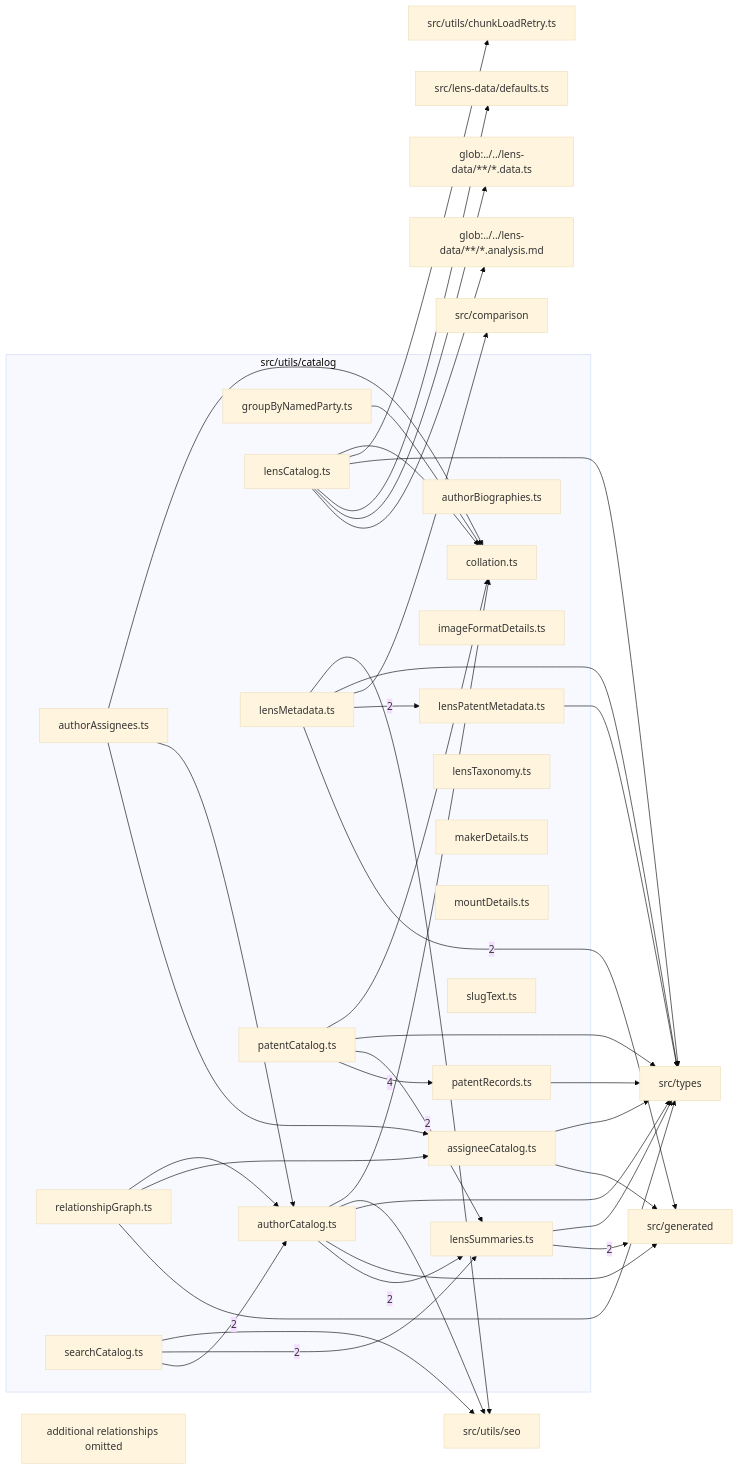
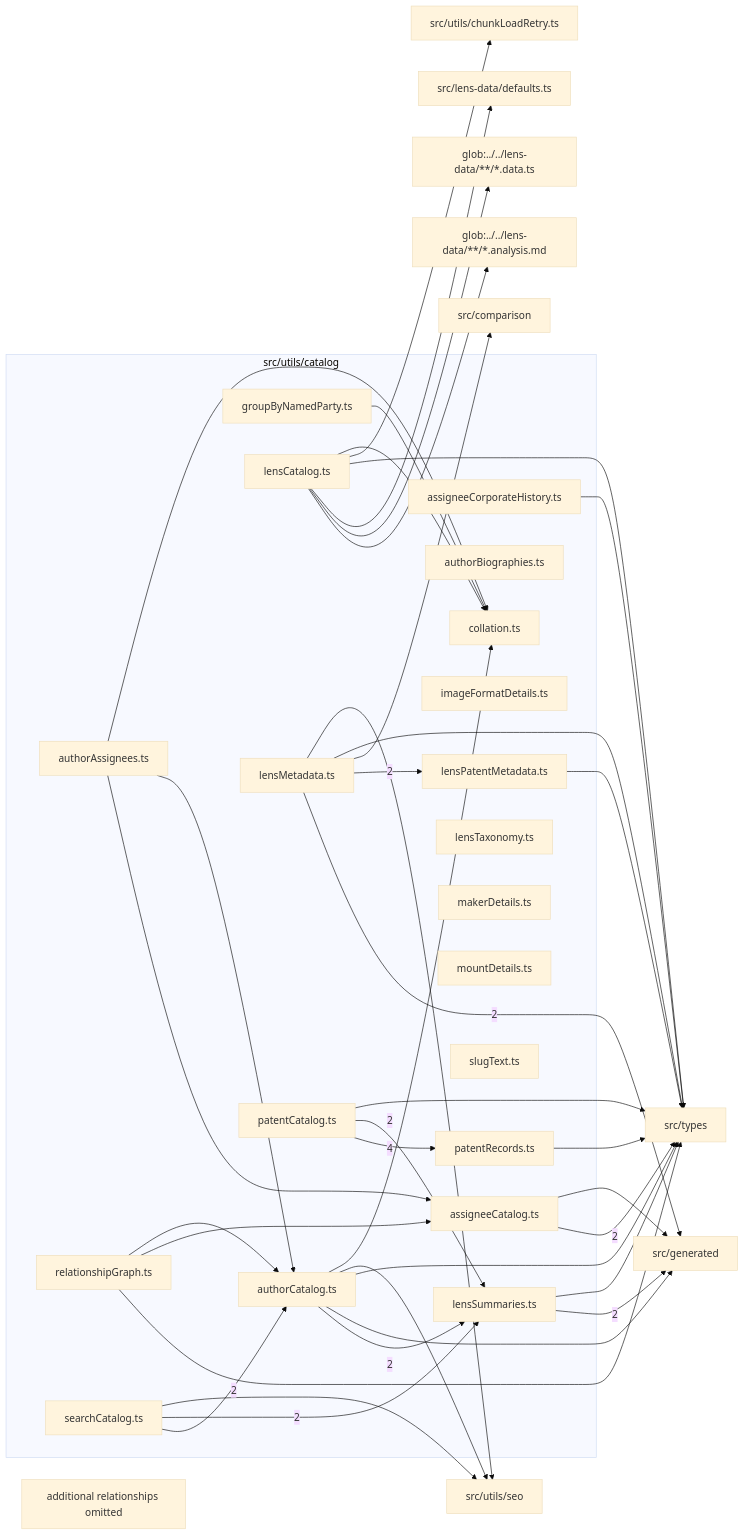
One commit to ronbuening/LensVisualizer changed the diagram in src/utils/catalog/readme.md. Above: the diagram before and after it, drawn with Mermaid (base theme). The commit also changed other lines of this file and 14 other files, not shown here.

Commit message:
Add dated assignee corporate history

````diff
--- a/src/utils/catalog/readme.md
+++ b/src/utils/catalog/readme.md
@@ -9,69 +9,70 @@
 ```mermaid
 flowchart LR
   subgraph n_src_utils_catalog["src/utils/catalog"]
     n_src_utils_catalog_src_utils_catalog_assigneeCatalog_ts["assigneeCatalog.ts"]
+    n_src_utils_catalog_src_utils_catalog_assigneeCorporateHistory_ts["assigneeCorporateHistory.ts"]
     n_src_utils_catalog_src_utils_catalog_authorAssignees_ts["authorAssignees.ts"]
     n_src_utils_catalog_src_utils_catalog_authorBiographies_ts["authorBiographies.ts"]
     n_src_utils_catalog_src_utils_catalog_authorCatalog_ts["authorCatalog.ts"]
     n_src_utils_catalog_src_utils_catalog_collation_ts["collation.ts"]
     n_src_utils_catalog_src_utils_catalog_groupByNamedParty_ts["groupByNamedParty.ts"]
     n_src_utils_catalog_src_utils_catalog_imageFormatDetails_ts["imageFormatDetails.ts"]
     n_src_utils_catalog_src_utils_catalog_lensCatalog_ts["lensCatalog.ts"]
     n_src_utils_catalog_src_utils_catalog_lensMetadata_ts["lensMetadata.ts"]
     n_src_utils_catalog_src_utils_catalog_lensPatentMetadata_ts["lensPatentMetadata.ts"]
     n_src_utils_catalog_src_utils_catalog_lensSummaries_ts["lensSummaries.ts"]
     n_src_utils_catalog_src_utils_catalog_lensTaxonomy_ts["lensTaxonomy.ts"]
     n_src_utils_catalog_src_utils_catalog_makerDetails_ts["makerDetails.ts"]
     n_src_utils_catalog_src_utils_catalog_mountDetails_ts["mountDetails.ts"]
     n_src_utils_catalog_src_utils_catalog_patentCatalog_ts["patentCatalog.ts"]
     n_src_utils_catalog_src_utils_catalog_patentRecords_ts["patentRecords.ts"]
     n_src_utils_catalog_src_utils_catalog_relationshipGraph_ts["relationshipGraph.ts"]
     n_src_utils_catalog_src_utils_catalog_searchCatalog_ts["searchCatalog.ts"]
     n_src_utils_catalog_src_utils_catalog_slugText_ts["slugText.ts"]
   end
   n_external_src_generated["src/generated"]
+  n_external_src_types["src/types"]
   n_external_glob_______lens_data______analysis_md["glob:../../lens-data/**/*.analysis.md"]
   n_external_glob_______lens_data______data_ts["glob:../../lens-data/**/*.data.ts"]
   n_external_src_comparison["src/comparison"]
   n_external_src_lens_data_defaults_ts["src/lens-data/defaults.ts"]
-  n_external_src_types["src/types"]
   n_external_src_utils_chunkLoadRetry_ts["src/utils/chunkLoadRetry.ts"]
   n_external_src_utils_seo["src/utils/seo"]
   n_src_utils_catalog_src_utils_catalog_patentCatalog_ts --> |4| n_src_utils_catalog_src_utils_catalog_patentRecords_ts
   n_src_utils_catalog_src_utils_catalog_lensMetadata_ts --> |2| n_external_src_generated
   n_src_utils_catalog_src_utils_catalog_lensSummaries_ts --> |2| n_external_src_generated
+  n_src_utils_catalog_src_utils_catalog_assigneeCatalog_ts --> |2| n_external_src_types
   n_src_utils_catalog_src_utils_catalog_searchCatalog_ts --> |2| n_src_utils_catalog_src_utils_catalog_authorCatalog_ts
   n_src_utils_catalog_src_utils_catalog_lensMetadata_ts --> |2| n_src_utils_catalog_src_utils_catalog_lensPatentMetadata_ts
   n_src_utils_catalog_src_utils_catalog_authorCatalog_ts --> |2| n_src_utils_catalog_src_utils_catalog_lensSummaries_ts
   n_src_utils_catalog_src_utils_catalog_patentCatalog_ts --> |2| n_src_utils_catalog_src_utils_catalog_lensSummaries_ts
   n_src_utils_catalog_src_utils_catalog_searchCatalog_ts --> |2| n_src_utils_catalog_src_utils_catalog_lensSummaries_ts
   n_src_utils_catalog_src_utils_catalog_lensCatalog_ts --> n_external_glob_______lens_data______analysis_md
   n_src_utils_catalog_src_utils_catalog_lensCatalog_ts --> n_external_glob_______lens_data______data_ts
   n_src_utils_catalog_src_utils_catalog_lensMetadata_ts --> n_external_src_comparison
   n_src_utils_catalog_src_utils_catalog_assigneeCatalog_ts --> n_external_src_generated
   n_src_utils_catalog_src_utils_catalog_authorCatalog_ts --> n_external_src_generated
   n_src_utils_catalog_src_utils_catalog_lensCatalog_ts --> n_external_src_lens_data_defaults_ts
-  n_src_utils_catalog_src_utils_catalog_assigneeCatalog_ts --> n_external_src_types
+  n_src_utils_catalog_src_utils_catalog_assigneeCorporateHistory_ts --> n_external_src_types
   n_src_utils_catalog_src_utils_catalog_authorCatalog_ts --> n_external_src_types
   n_src_utils_catalog_src_utils_catalog_lensCatalog_ts --> n_external_src_types
   n_src_utils_catalog_src_utils_catalog_lensMetadata_ts --> n_external_src_types
   n_src_utils_catalog_src_utils_catalog_lensPatentMetadata_ts --> n_external_src_types
   n_src_utils_catalog_src_utils_catalog_lensSummaries_ts --> n_external_src_types
   n_src_utils_catalog_src_utils_catalog_patentCatalog_ts --> n_external_src_types
   n_src_utils_catalog_src_utils_catalog_patentRecords_ts --> n_external_src_types
   n_src_utils_catalog_src_utils_catalog_relationshipGraph_ts --> n_external_src_types
   n_src_utils_catalog_src_utils_catalog_lensCatalog_ts --> n_external_src_utils_chunkLoadRetry_ts
   n_src_utils_catalog_src_utils_catalog_authorCatalog_ts --> n_external_src_utils_seo
   n_src_utils_catalog_src_utils_catalog_lensMetadata_ts --> n_external_src_utils_seo
   n_src_utils_catalog_src_utils_catalog_searchCatalog_ts --> n_external_src_utils_seo
   n_src_utils_catalog_src_utils_catalog_authorAssignees_ts --> n_src_utils_catalog_src_utils_catalog_assigneeCatalog_ts
   n_src_utils_catalog_src_utils_catalog_relationshipGraph_ts --> n_src_utils_catalog_src_utils_catalog_assigneeCatalog_ts
   n_src_utils_catalog_src_utils_catalog_authorAssignees_ts --> n_src_utils_catalog_src_utils_catalog_authorCatalog_ts
   n_src_utils_catalog_src_utils_catalog_relationshipGraph_ts --> n_src_utils_catalog_src_utils_catalog_authorCatalog_ts
   n_src_utils_catalog_src_utils_catalog_authorAssignees_ts --> n_src_utils_catalog_src_utils_catalog_collation_ts
   n_src_utils_catalog_src_utils_catalog_authorCatalog_ts --> n_src_utils_catalog_src_utils_catalog_collation_ts
   n_src_utils_catalog_src_utils_catalog_groupByNamedParty_ts --> n_src_utils_catalog_src_utils_catalog_collation_ts
   n_src_utils_catalog_src_utils_catalog_lensCatalog_ts --> n_src_utils_catalog_src_utils_catalog_collation_ts
-  n_src_utils_catalog_src_utils_catalog_patentCatalog_ts --> n_src_utils_catalog_src_utils_catalog_collation_ts
   n_src_utils_catalog_truncated["additional relationships omitted"]
 ```
````
